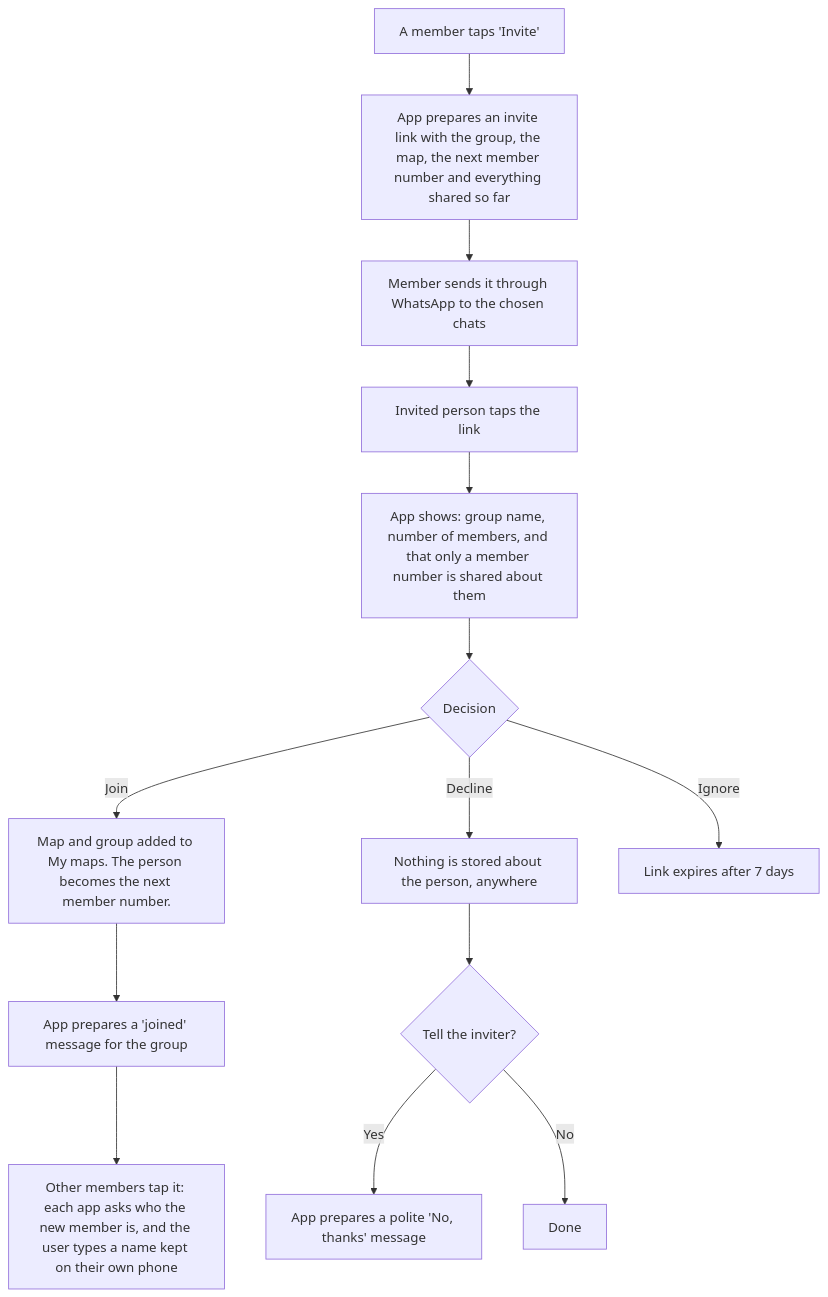
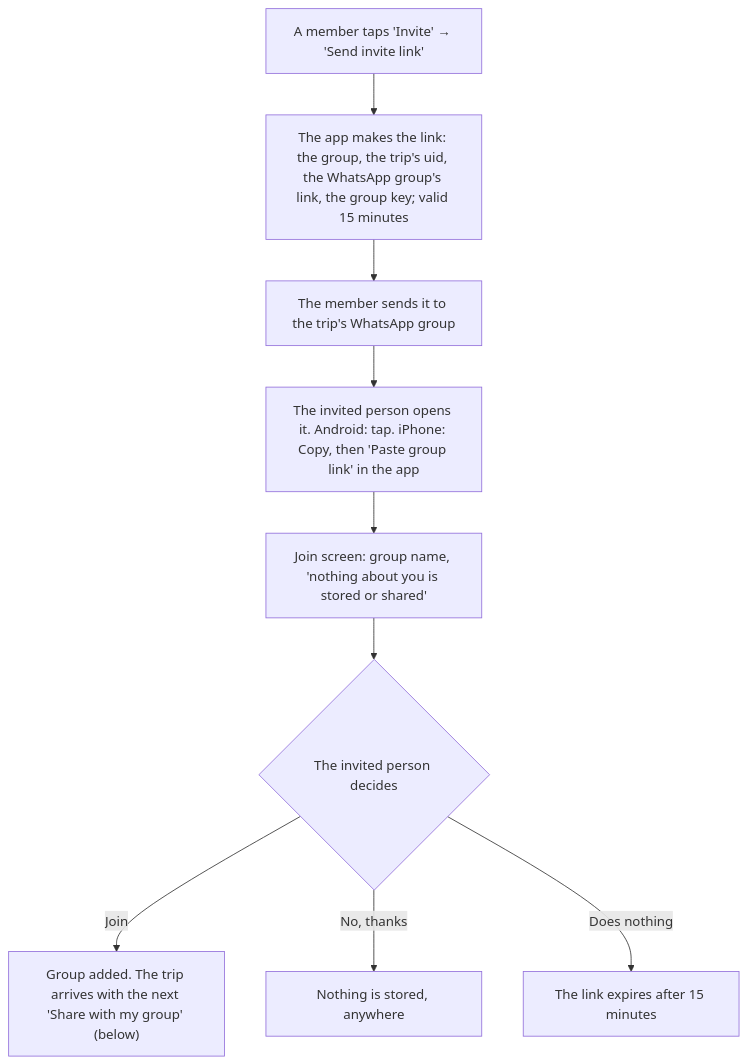
The second of 3 diagrams in docs/DESIGN.md (projects-rs/trip-map), drawn with Mermaid before and after one commit. The commit also changed other lines of this file and 3 other files, not shown here.

````diff
--- a/docs/DESIGN.md
+++ b/docs/DESIGN.md
@@ -738,16 +996,11 @@
 ```mermaid
 flowchart TD
-    A[A member taps 'Invite'] --> B[App prepares an invite link with the group, the map, the next member number and everything shared so far]
-    B --> C[Member sends it through WhatsApp to the chosen chats]
-    C --> D[Invited person taps the link]
-    D --> E[App shows: group name, number of members, and that only a member number is shared about them]
-    E --> F{Decision}
-    F -->|Join| G[Map and group added to My maps. The person becomes the next member number.]
-    G --> H[App prepares a 'joined' message for the group]
-    H --> I[Other members tap it: each app asks who the new member is, and the user types a name kept on their own phone]
-    F -->|Decline| K[Nothing is stored about the person, anywhere]
-    K --> L{Tell the inviter?}
-    L -->|Yes| M[App prepares a polite 'No, thanks' message]
-    L -->|No| N[Done]
-    F -->|Ignore| O[Link expires after 7 days]
+    A["A member taps 'Invite' → 'Send invite link'"] --> B["The app makes the link: the group, the trip's uid, the WhatsApp group's link, the group key; valid 15 minutes"]
+    B --> C["The member sends it to the trip's WhatsApp group"]
+    C --> D["The invited person opens it. Android: tap. iPhone: Copy, then 'Paste group link' in the app"]
+    D --> E["Join screen: group name, 'nothing about you is stored or shared'"]
+    E --> F{"The invited person decides"}
+    F -->|Join| G["Group added. The trip arrives with the next 'Share with my group' (below)"]
+    F -->|"No, thanks"| K["Nothing is stored, anywhere"]
+    F -->|"Does nothing"| O["The link expires after 15 minutes"]
 ```
````
